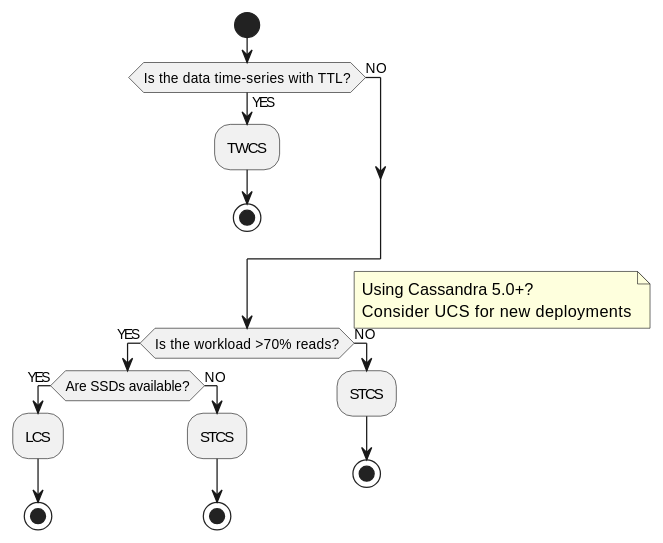
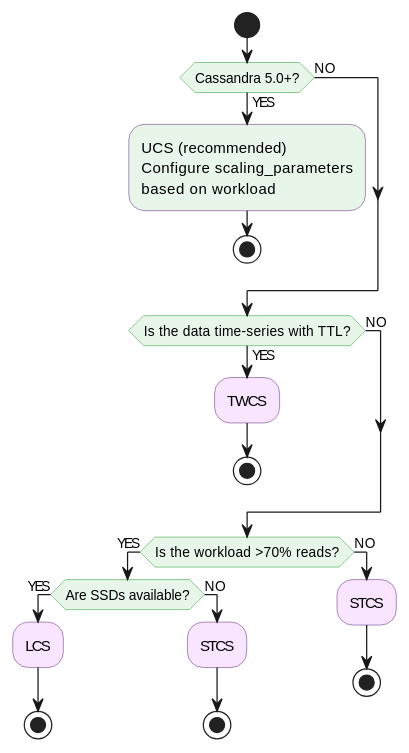
Before and after one commit to axonops/documentation: the fourth of 4 diagrams in docs/cassandra/architecture/storage-engine/compaction/index.md, drawn with PlantUML. The commit also changed other lines of this file and 4 other files, not shown here.

Commit message:
Updated compaction architecture documents

````diff
--- a/docs/cassandra/architecture/storage-engine/compaction/index.md
+++ b/docs/cassandra/architecture/storage-engine/compaction/index.md
@@ -211,32 +212,37 @@
 ```plantuml
 @startuml
 skinparam backgroundColor transparent
+skinparam ActivityBackgroundColor #F9E5FF
+skinparam ActivityBorderColor #7B4B96
+skinparam ActivityDiamondBackgroundColor #E8F5E9
+skinparam ActivityDiamondBorderColor #4CAF50
 
 start
+
+if (Cassandra 5.0+?) then (YES)
+    #E8F5E9:UCS (recommended)\nConfigure scaling_parameters\nbased on workload;
+    stop
+else (NO)
+endif
 
 if (Is the data time-series with TTL?) then (YES)
     :TWCS;
     stop
 else (NO)
 endif
 
 if (Is the workload >70% reads?) then (YES)
     if (Are SSDs available?) then (YES)
         :LCS;
         stop
     else (NO)
         :STCS;
         stop
     endif
 else (NO)
     :STCS;
     stop
 endif
 
-note right
-  Using Cassandra 5.0+?
-  Consider UCS for new deployments
-end note
-
 @enduml
 ```
````
